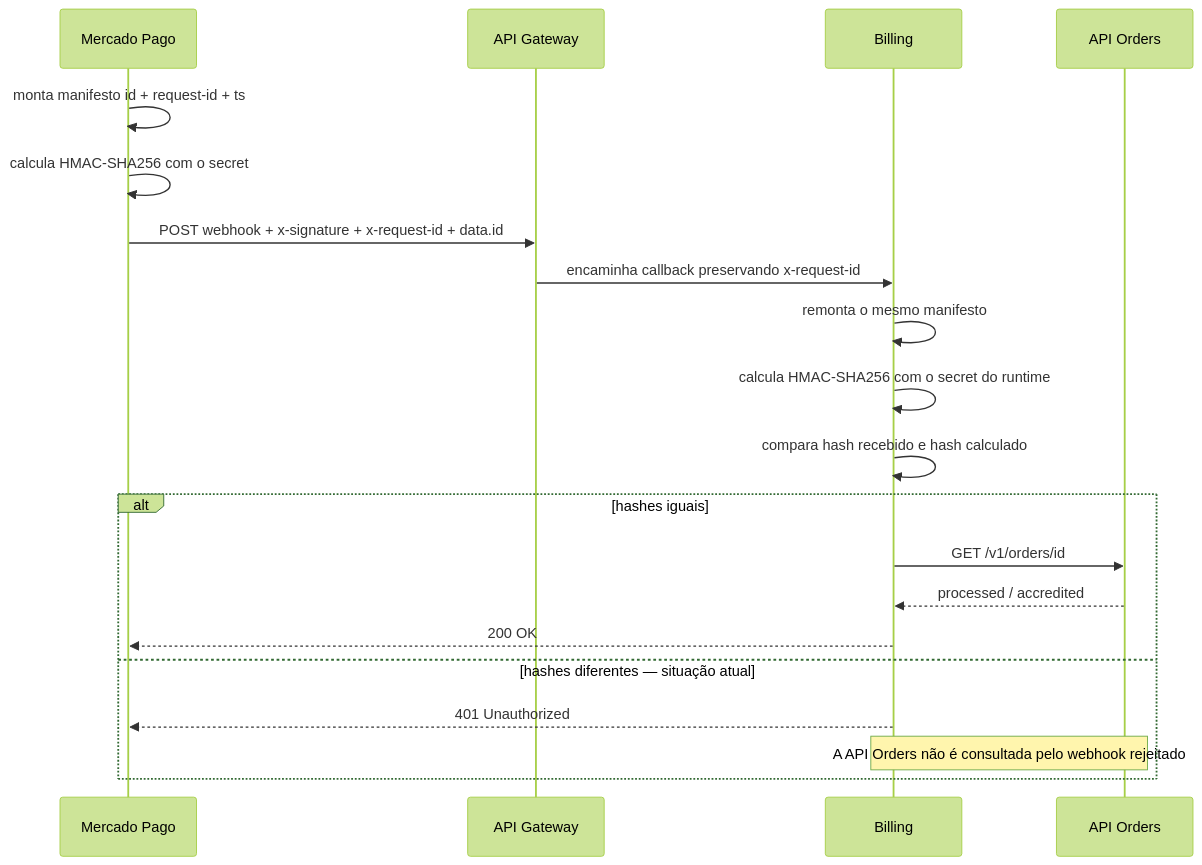
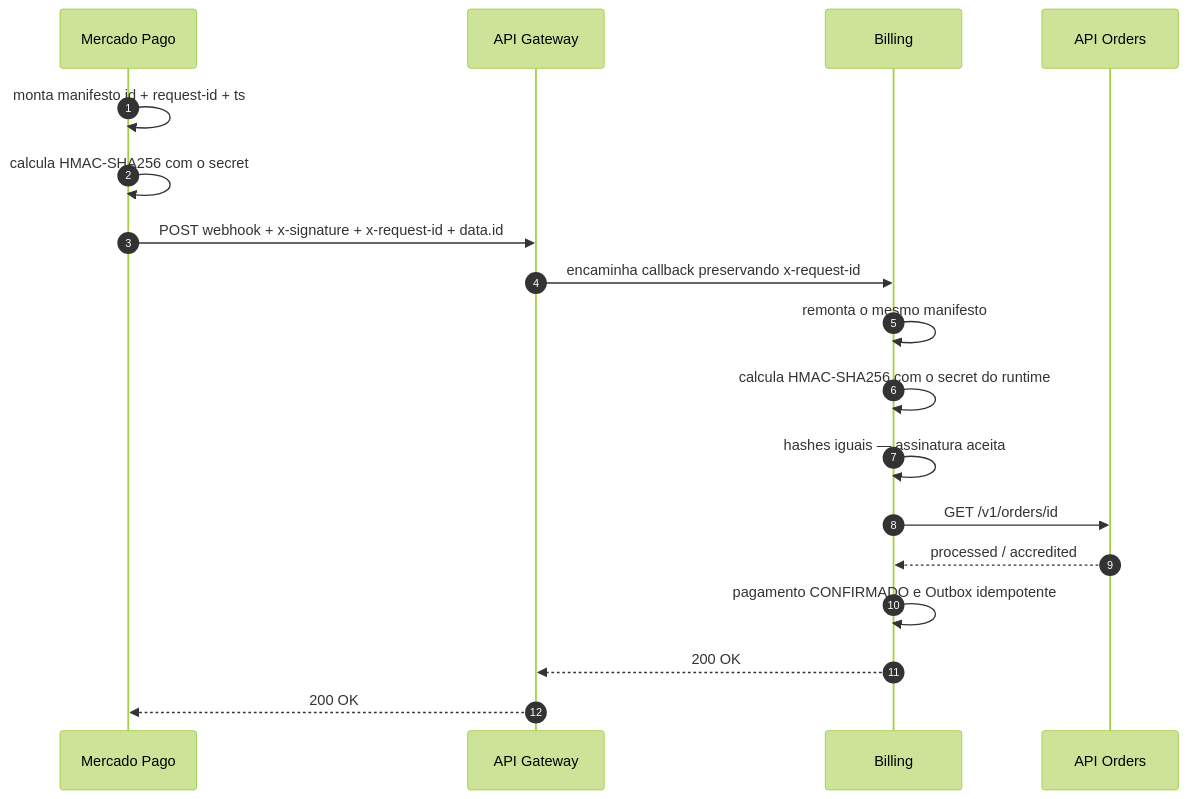
Before and after one commit to oficina-soat/oficina-platform: the third of 6 diagrams in docs/architecture/mercado-pago-orders-webhook-diagnostic-flow.md, drawn with Mermaid (forest theme). The commit also changed other lines of this file, not shown here.

Commit message:
docs: separa resultados do webhook de orders

````diff
--- a/docs/architecture/mercado-pago-orders-webhook-diagnostic-flow.md
+++ b/docs/architecture/mercado-pago-orders-webhook-diagnostic-flow.md
@@ -79,23 +83,21 @@
 ```mermaid
 sequenceDiagram
+    autonumber
     participant MP as Mercado Pago
     participant EDGE as API Gateway
     participant BILL as Billing
     participant API as API Orders
 
     MP->>MP: monta manifesto id + request-id + ts
     MP->>MP: calcula HMAC-SHA256 com o secret
     MP->>EDGE: POST webhook + x-signature + x-request-id + data.id
     EDGE->>BILL: encaminha callback preservando x-request-id
     BILL->>BILL: remonta o mesmo manifesto
     BILL->>BILL: calcula HMAC-SHA256 com o secret do runtime
-    BILL->>BILL: compara hash recebido e hash calculado
-    alt hashes iguais
-        BILL->>API: GET /v1/orders/id
-        API-->>BILL: processed / accredited
-        BILL-->>MP: 200 OK
-    else hashes diferentes — situação atual
-        BILL-->>MP: 401 Unauthorized
-        Note over BILL,API: A API Orders não é consultada pelo webhook rejeitado
-    end
+    BILL->>BILL: hashes iguais — assinatura aceita
+    BILL->>API: GET /v1/orders/id
+    API-->>BILL: processed / accredited
+    BILL->>BILL: pagamento CONFIRMADO e Outbox idempotente
+    BILL-->>EDGE: 200 OK
+    EDGE-->>MP: 200 OK
 ```
````
